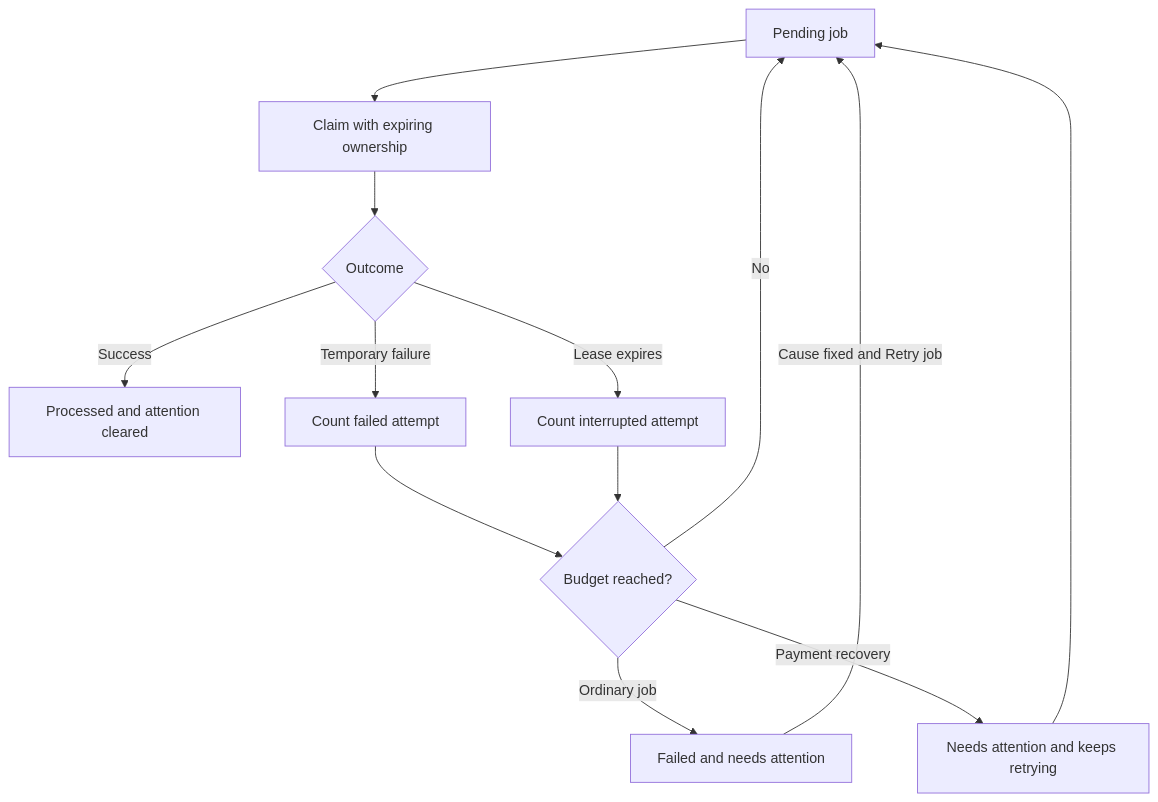
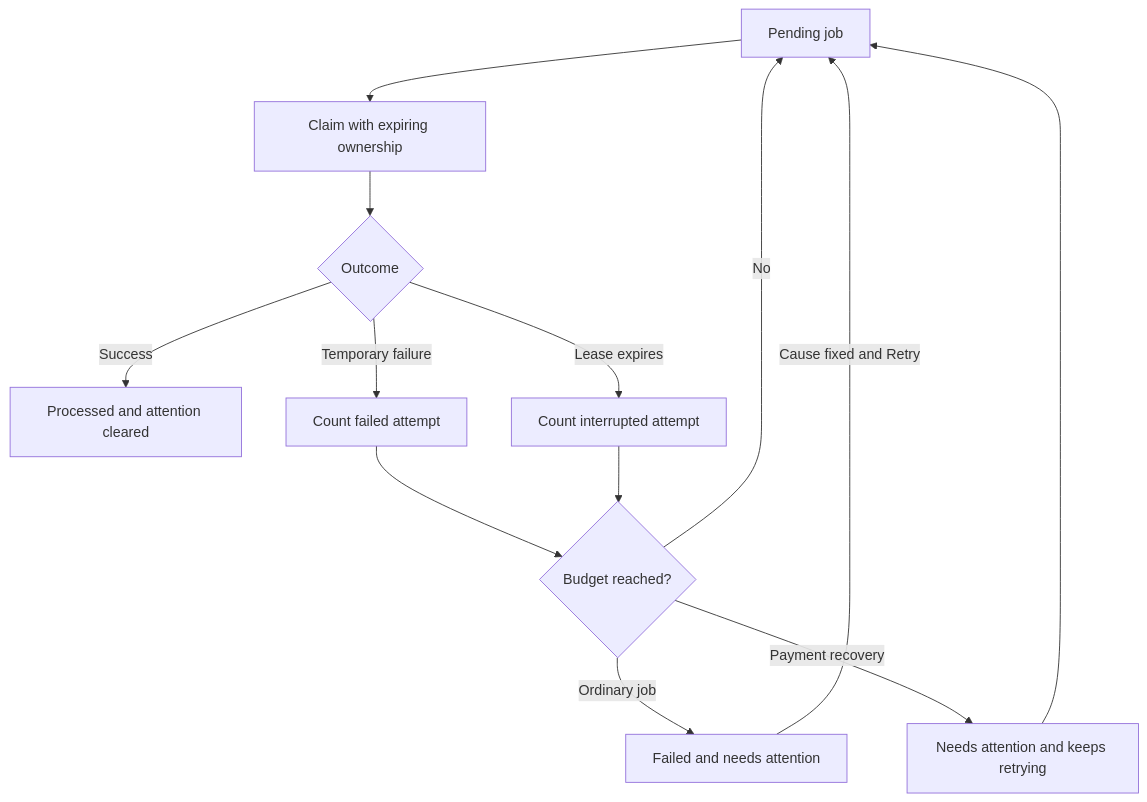
The diagram in docs/operations/background-jobs.md (Orbiters-cc/Documentation), drawn with Mermaid before and after one commit. The commit also changed other lines of this file and 5 other files, not shown here.

````diff
--- a/docs/operations/background-jobs.md
+++ b/docs/operations/background-jobs.md
@@ -53,17 +54,17 @@
 ```mermaid
 flowchart TD
   accTitle: Recovery and attention are separate
   accDescr: Failure or an expired lease causes another scheduled attempt. Ordinary work can exhaust its budget; uncertain payment work continues with an attention flag.
   A[Pending job] --> B[Claim with expiring ownership]
   B --> C{Outcome}
   C -->|Success| D[Processed and attention cleared]
   C -->|Temporary failure| E[Count failed attempt]
   C -->|Lease expires| F[Count interrupted attempt]
   E --> G{Budget reached?}
   F --> G
   G -->|No| A
   G -->|Ordinary job| H[Failed and needs attention]
   G -->|Payment recovery| I[Needs attention and keeps retrying]
   I --> A
-  H -->|Cause fixed and Retry job| A
+  H -->|Cause fixed and Retry| A
 ```
````
